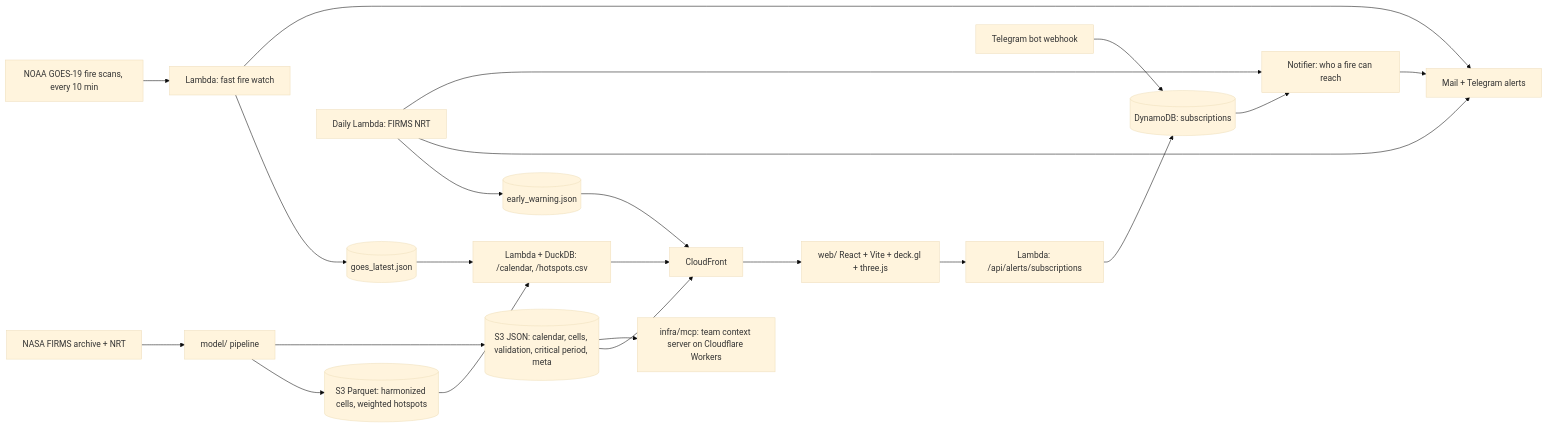
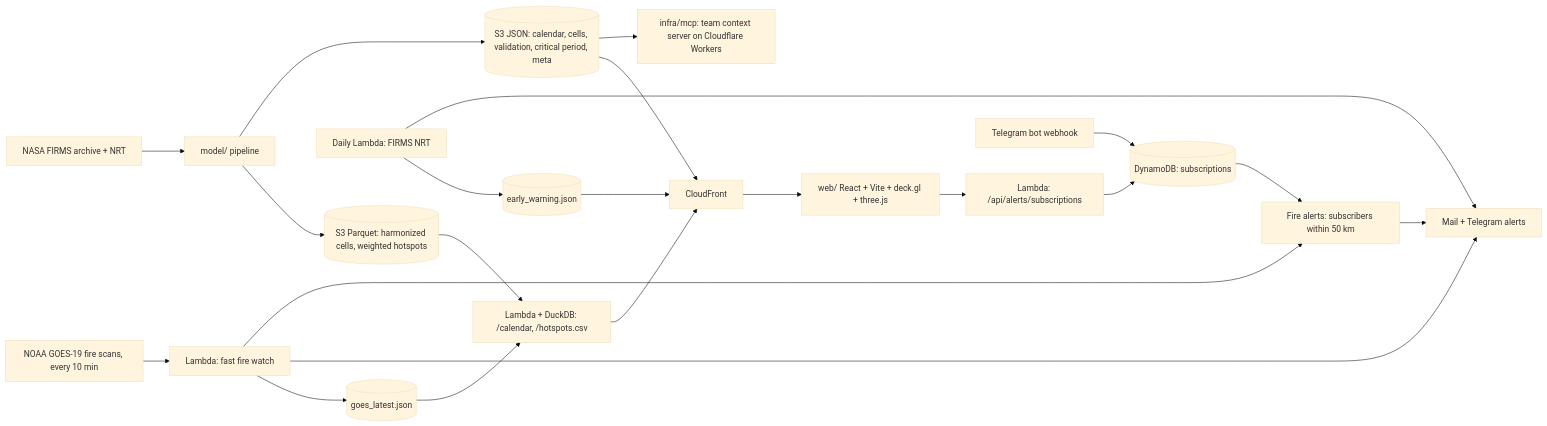
One commit to lautaromoreyraa/aeros changed the diagram in plan.md. Above: the diagram before and after it, drawn with Mermaid (base theme). The commit also changed other lines of this file and 16 other files, not shown here.

First line of the commit message:
Alert subscribers about a possible fire within 50 km

````diff
--- a/plan.md
+++ b/plan.md
@@ -67,24 +67,24 @@
 ```mermaid
 flowchart LR
   FIRMS[NASA FIRMS archive + NRT] --> PIPE[model/ pipeline]
   PIPE --> PQ[(S3 Parquet: harmonized cells, weighted hotspots)]
   PIPE --> JSON[(S3 JSON: calendar, cells, validation, critical period, meta)]
   PQ --> API[Lambda + DuckDB: /calendar, /hotspots.csv]
   JSON --> CF[CloudFront]
   API --> CF
   CF --> WEB[web/ React + Vite + deck.gl + three.js]
   NRT[Daily Lambda: FIRMS NRT] --> EW[(early_warning.json)]
   EW --> CF
   GOES[NOAA GOES-19 fire scans, every 10 min] --> FAST[Lambda: fast fire watch]
   FAST --> GL[(goes_latest.json)]
   GL --> API
   NRT --> ALERT[Mail + Telegram alerts]
   FAST --> ALERT
   WEB --> SUB[Lambda: /api/alerts/subscriptions]
   BOT[Telegram bot webhook] --> DDB[(DynamoDB: subscriptions)]
   SUB --> DDB
-  NRT --> NOTIFY[Notifier: who a fire can reach]
+  FAST --> NOTIFY[Fire alerts: subscribers within 50 km]
   DDB --> NOTIFY
   NOTIFY --> ALERT
   JSON --> MCP[infra/mcp: team context server on Cloudflare Workers]
 ```
````
